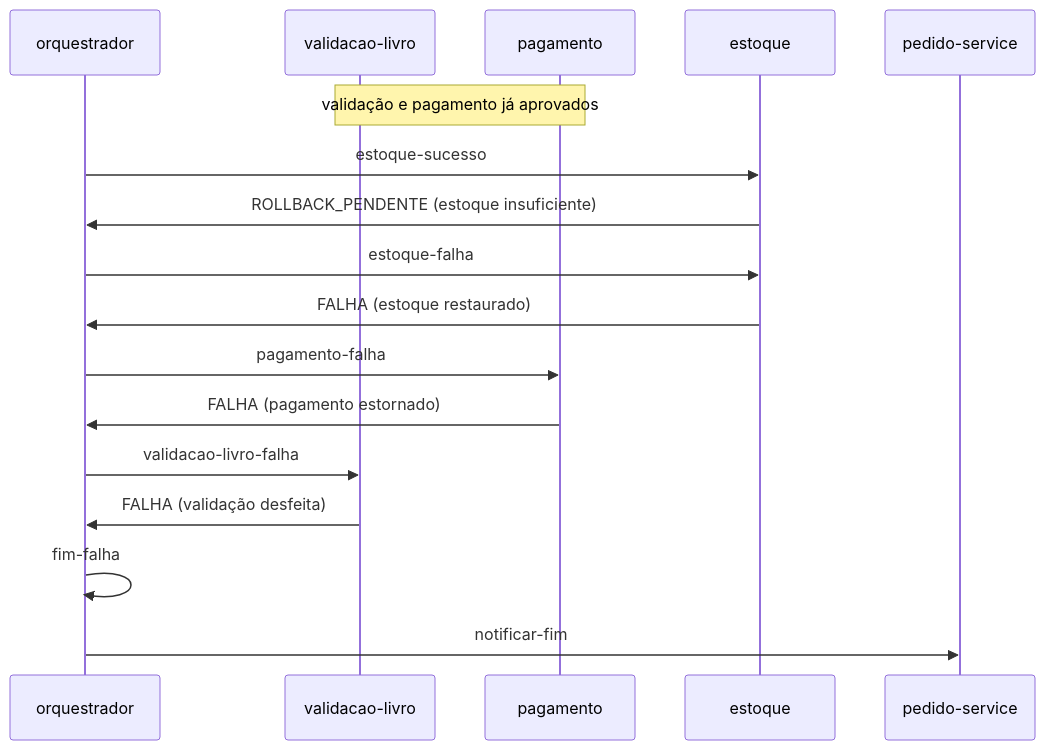
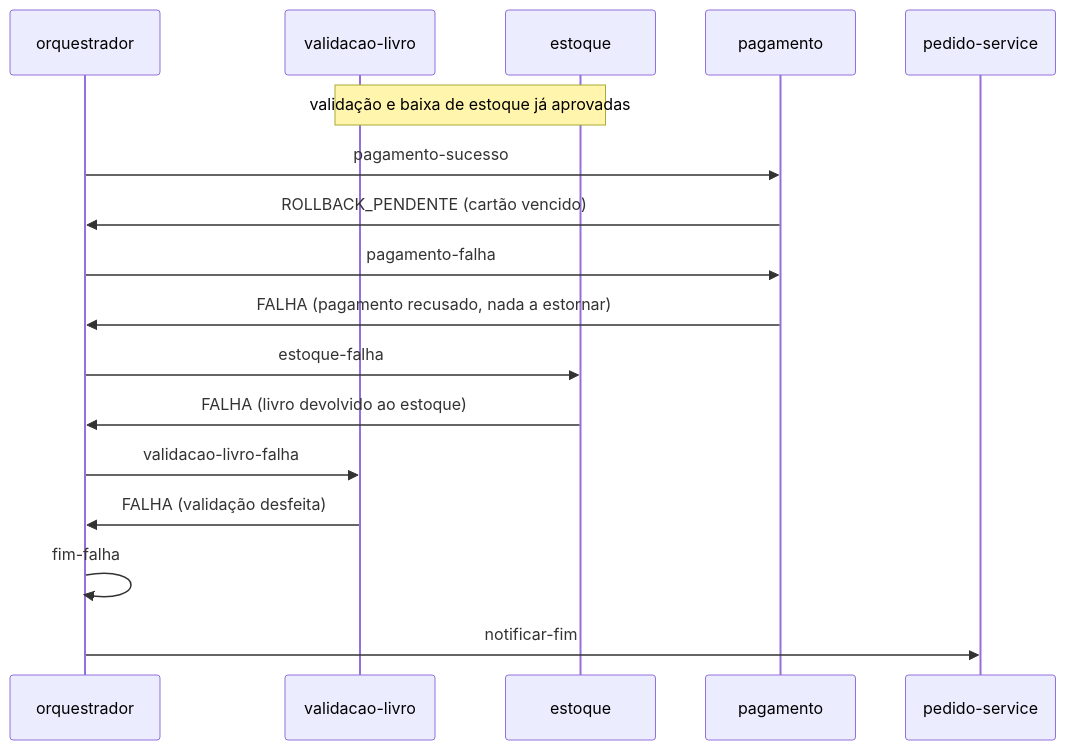
Before and after one commit to Carloseman1/padrao-saga-orquestrado-em-microsservi-os: the second of 7 diagrams in README.md, drawn with Mermaid. The commit also changed other lines of this file, not shown here.

````diff
--- a/README.md
+++ b/README.md
@@ -209,20 +212,20 @@
 ```mermaid
 sequenceDiagram
     participant O as orquestrador
     participant V as validacao-livro
+    participant E as estoque
     participant G as pagamento
-    participant E as estoque
     participant P as pedido-service
 
-    Note over V,G: validação e pagamento já aprovados
-    O->>E: estoque-sucesso
-    E->>O: ROLLBACK_PENDENTE (estoque insuficiente)
+    Note over V,E: validação e baixa de estoque já aprovadas
+    O->>G: pagamento-sucesso
+    G->>O: ROLLBACK_PENDENTE (cartão vencido)
+    O->>G: pagamento-falha
+    G->>O: FALHA (pagamento recusado, nada a estornar)
     O->>E: estoque-falha
-    E->>O: FALHA (estoque restaurado)
-    O->>G: pagamento-falha
-    G->>O: FALHA (pagamento estornado)
+    E->>O: FALHA (livro devolvido ao estoque)
     O->>V: validacao-livro-falha
     V->>O: FALHA (validação desfeita)
     O->>O: fim-falha
     O->>P: notificar-fim
 ```
````
